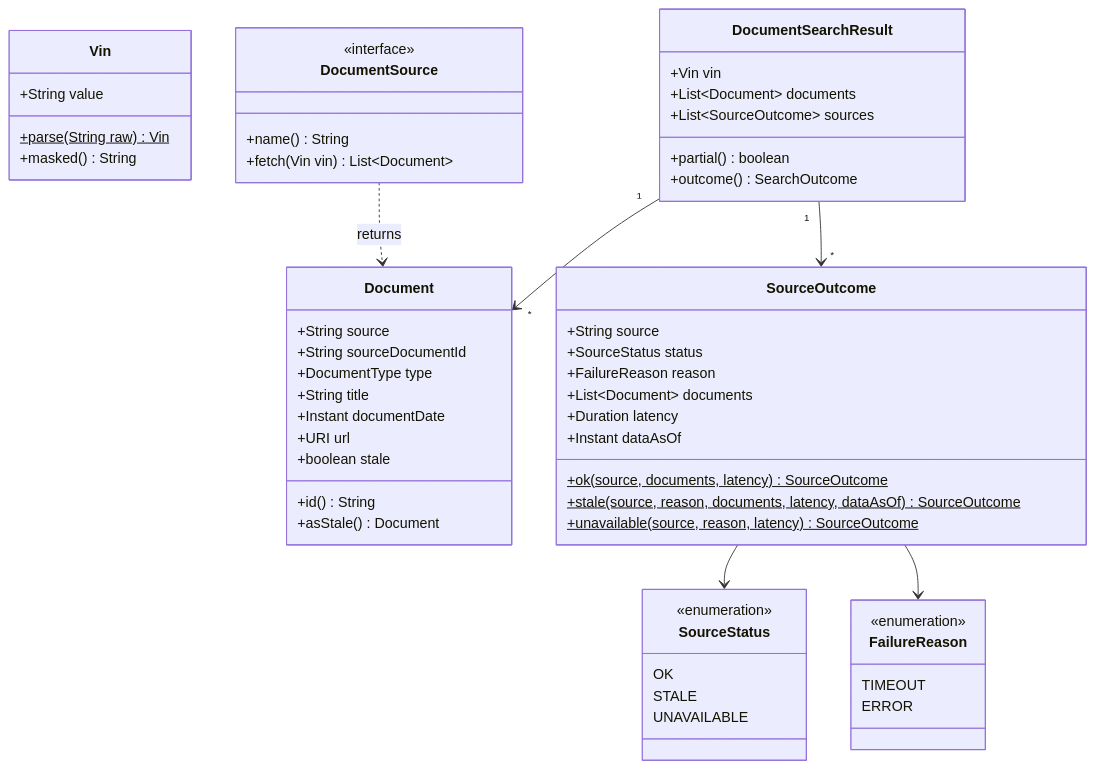
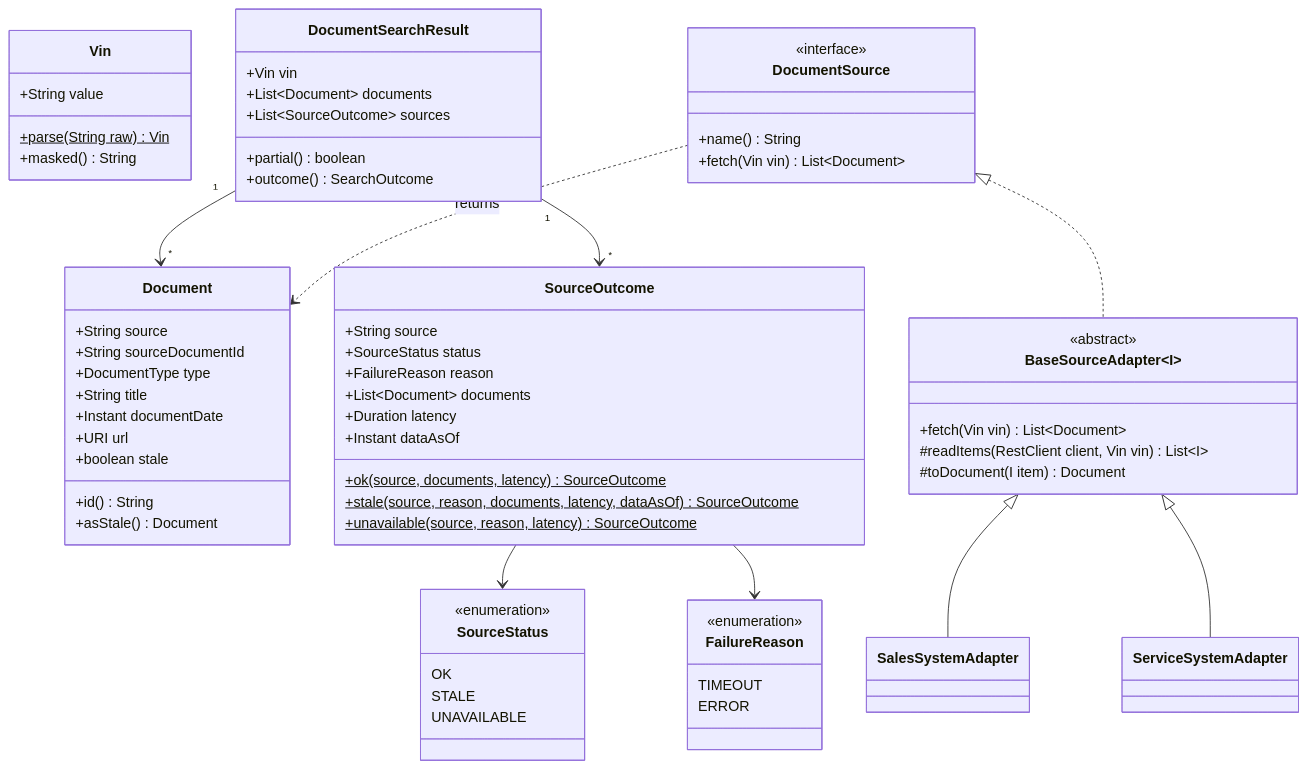
One commit to hinn1411/document-viewer changed the diagram in docs/plans/05-domain-model.md. Above: the diagram before and after it, drawn with Mermaid. The commit also changed other lines of this file and 9 other files, not shown here.

Commit message:
refactor: share source adapter code in a base class

````diff
--- a/docs/plans/05-domain-model.md
+++ b/docs/plans/05-domain-model.md
@@ -7,58 +7,67 @@
 ```mermaid
 classDiagram
     class Vin {
         +String value
         +parse(String raw)$ Vin
         +masked() String
     }
     class Document {
         +String source
         +String sourceDocumentId
         +DocumentType type
         +String title
         +Instant documentDate
         +URI url
         +boolean stale
         +id() String
         +asStale() Document
     }
     class SourceOutcome {
         +String source
         +SourceStatus status
         +FailureReason reason
         +List~Document~ documents
         +Duration latency
         +Instant dataAsOf
         +ok(source, documents, latency)$ SourceOutcome
         +stale(source, reason, documents, latency, dataAsOf)$ SourceOutcome
         +unavailable(source, reason, latency)$ SourceOutcome
     }
     class DocumentSearchResult {
         +Vin vin
         +List~Document~ documents
         +List~SourceOutcome~ sources
         +partial() boolean
         +outcome() SearchOutcome
     }
     class DocumentSource {
         <<interface>>
         +name() String
         +fetch(Vin vin) List~Document~
     }
     class SourceStatus {
         <<enumeration>>
         OK
         STALE
         UNAVAILABLE
     }
     class FailureReason {
         <<enumeration>>
         TIMEOUT
         ERROR
     }
     DocumentSearchResult "1" --> "*" Document
     DocumentSearchResult "1" --> "*" SourceOutcome
     SourceOutcome --> SourceStatus
+    class BaseSourceAdapter~I~ {
+        <<abstract>>
+        +fetch(Vin vin) List~Document~
+        #readItems(RestClient client, Vin vin) List~I~
+        #toDocument(I item) Document
+    }
+    DocumentSource <|.. BaseSourceAdapter
+    BaseSourceAdapter <|-- SalesSystemAdapter
+    BaseSourceAdapter <|-- ServiceSystemAdapter
     SourceOutcome --> FailureReason
     DocumentSource ..> Document : returns
 ```
````
